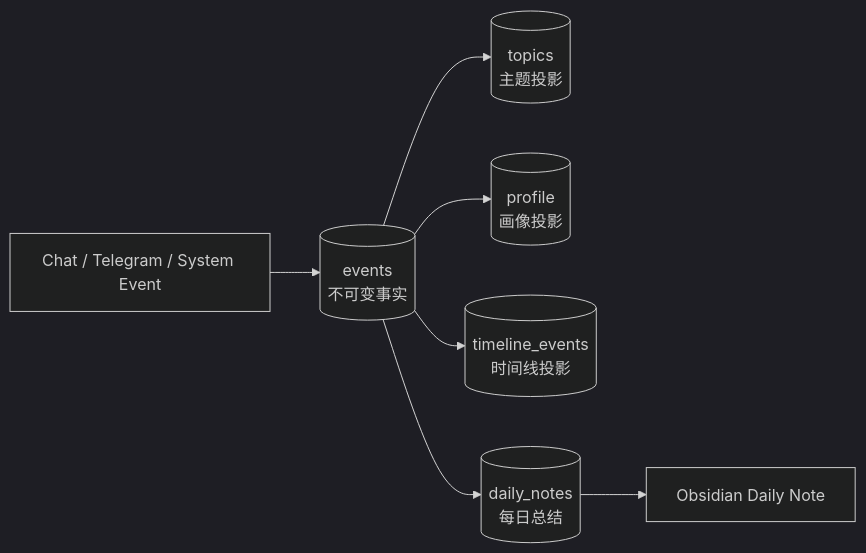
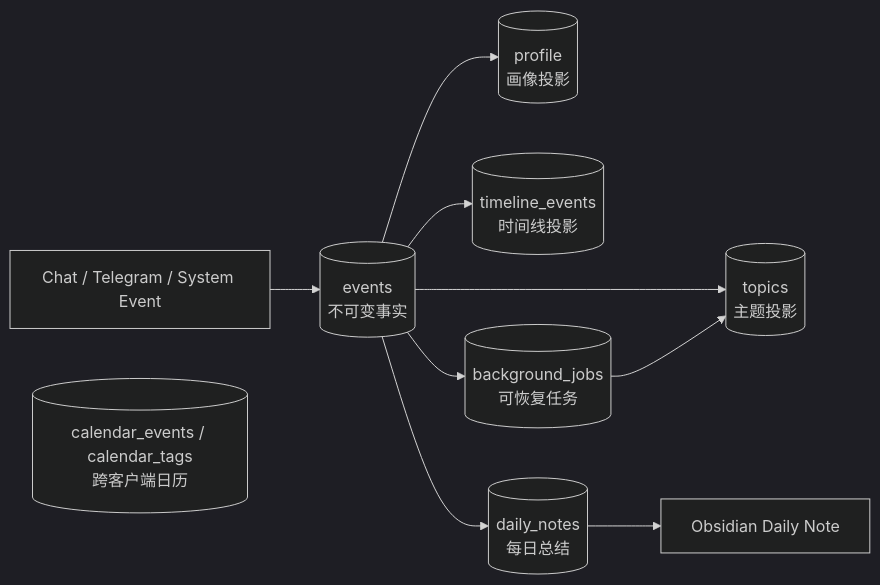
One commit to qiancheng06/new-blog changed the seventh of 9 diagrams in docs/00-overview/deployment-and-client-architecture.md. Above: the diagram before and after it, drawn with Mermaid (dark theme). The commit also changed other lines of this file and 30 other files, not shown here.

Commit message:
feat: persist calendar and background jobs

````diff
--- a/docs/00-overview/deployment-and-client-architecture.md
+++ b/docs/00-overview/deployment-and-client-architecture.md
@@ -297,9 +297,12 @@
 ```mermaid
 flowchart LR
   input["Chat / Telegram / System Event"] --> events[("events<br/>不可变事实")]
   events --> topics[("topics<br/>主题投影")]
   events --> profile[("profile<br/>画像投影")]
   events --> timeline[("timeline_events<br/>时间线投影")]
   events --> daily[("daily_notes<br/>每日总结")]
+  events --> jobs[("background_jobs<br/>可恢复任务")]
+  jobs --> topics
+  calendar[("calendar_events / calendar_tags<br/>跨客户端日历")]
   daily --> archive["Obsidian Daily Note"]
 ```
````
